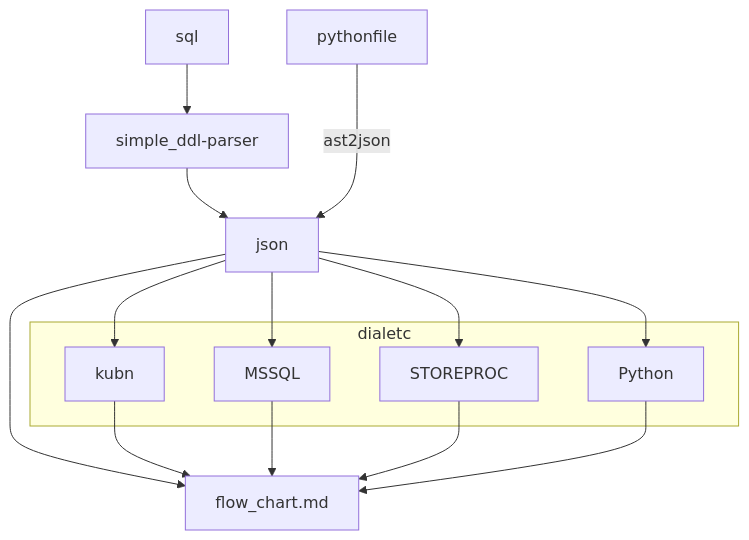
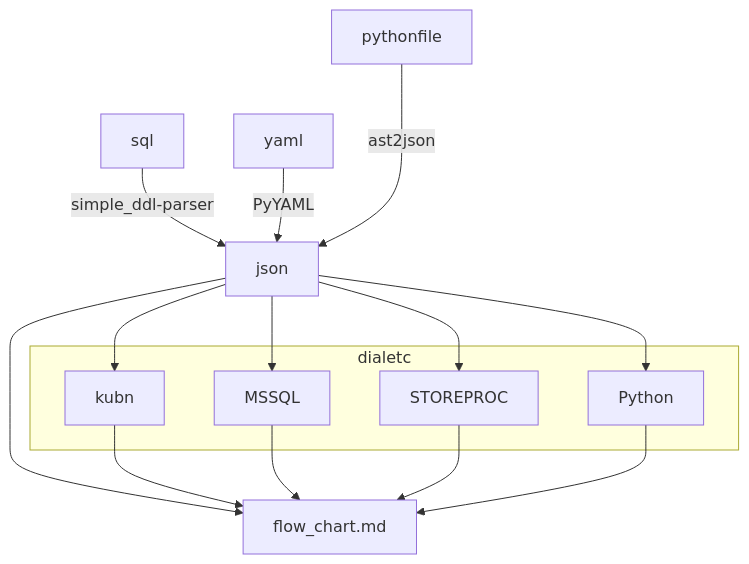
The diagram in todo.md (hung135/mermaid-map), drawn with Mermaid before and after one commit.

````diff
--- a/todo.md
+++ b/todo.md
@@ -1,20 +1,21 @@
 ```mermaid
 graph TD
     subgraph dialetc
      kubn
      MSSQL
      STOREPROC
      Python
     end
      
 
 json-->flow_chart.md
-sql-->simple_ddl-parser-->json 
+sql-->|simple_ddl-parser|json
+yaml-->|PyYAML|json
     json-->kubn-->flow_chart.md
     json-->MSSQL-->flow_chart.md
     json-->STOREPROC-->flow_chart.md
     json-->Python-->flow_chart.md
     pythonfile--->|ast2json|json
  
 
 ```
````
